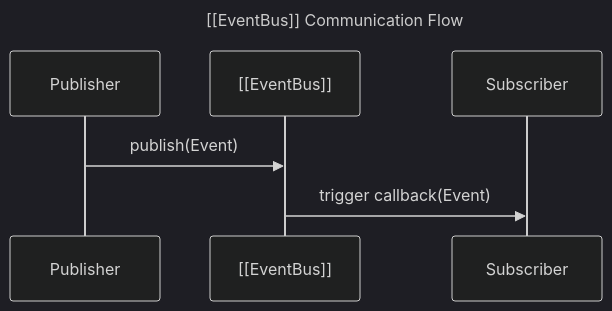
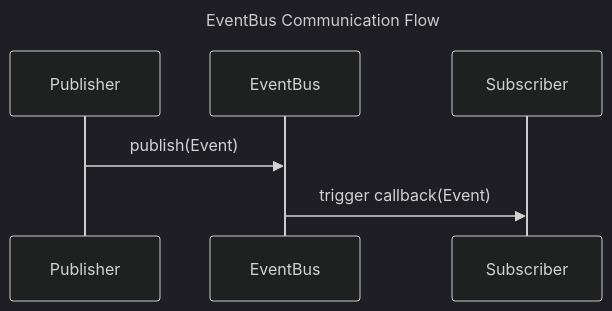
The diagram in docs/architecture/Event Bus.md (vikasV-dev7/VynexOS), drawn with Mermaid (dark theme) before and after one commit. The commit also changed other lines of this file and 132 other files, not shown here.

````diff
--- a/docs/architecture/Event Bus.md
+++ b/docs/architecture/Event Bus.md
@@ -5,8 +5,8 @@
 ```mermaid
-sequenceDiagram title [[EventBus]] Communication Flow
+sequenceDiagram title EventBus Communication Flow
     participant P as Publisher
-    participant EB as [[EventBus]]
+    participant EB as EventBus
     participant S as Subscriber
     P->>EB: publish(Event)
     EB->>S: trigger callback(Event)
 ```
````
